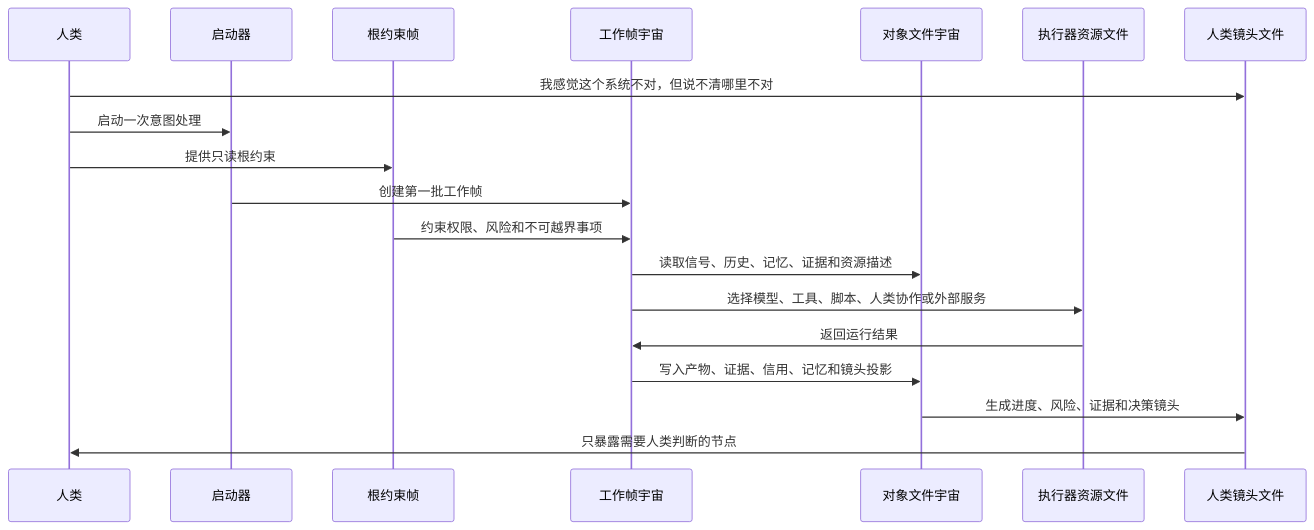
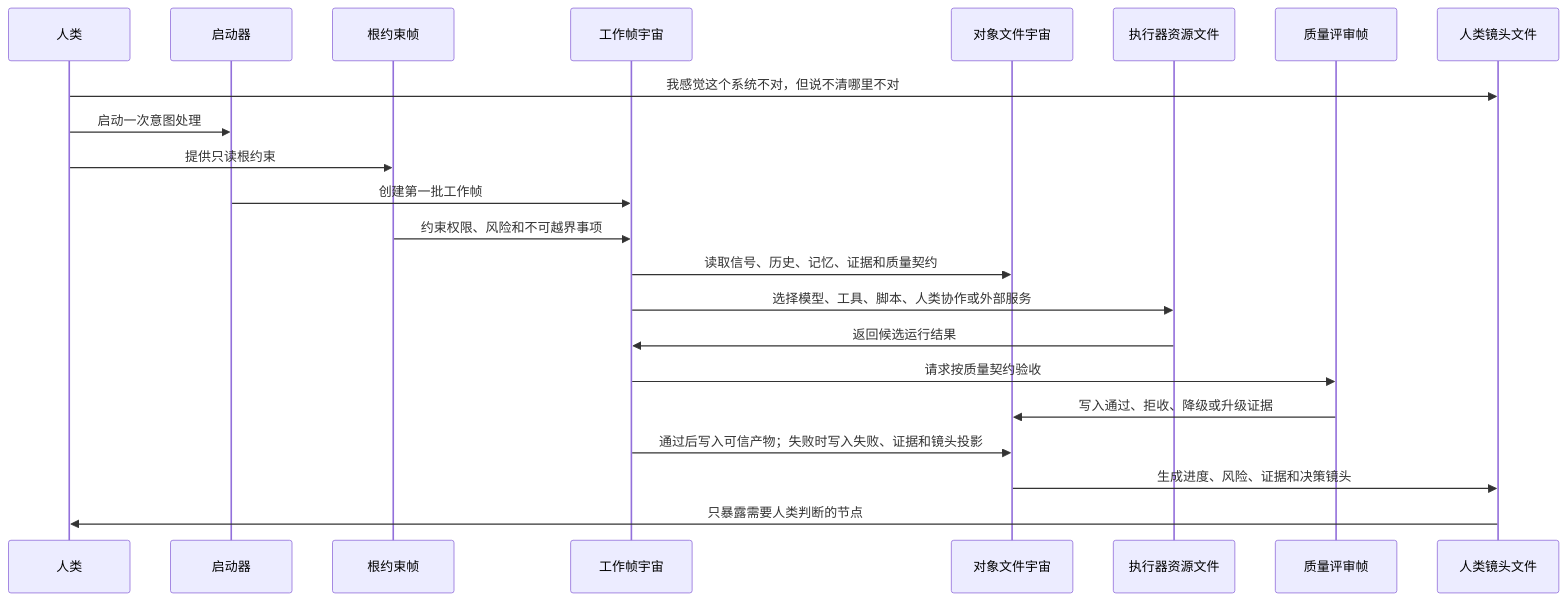
Before and after one commit to tiachuaxiyashua/cyber-editor: the fifth of 10 diagrams in truth/00-当前真相源-人工智能软件社会帧元架构.md, drawn with Mermaid. The commit also changed other lines of this file, not shown here.

````diff
--- a/truth/00-当前真相源-人工智能软件社会帧元架构.md
+++ b/truth/00-当前真相源-人工智能软件社会帧元架构.md
@@ -404,22 +419,25 @@
 ```mermaid
 sequenceDiagram
   participant 人 as 人类
   participant 启 as 启动器
   participant 根 as 根约束帧
   participant 帧 as 工作帧宇宙
   participant 对 as 对象文件宇宙
   participant 执 as 执行器资源文件
+  participant 评 as 质量评审帧
   participant 镜 as 人类镜头文件
 
   人->>镜: 我感觉这个系统不对，但说不清哪里不对
   人->>启: 启动一次意图处理
   人->>根: 提供只读根约束
   启->>帧: 创建第一批工作帧
   根->>帧: 约束权限、风险和不可越界事项
-  帧->>对: 读取信号、历史、记忆、证据和资源描述
+  帧->>对: 读取信号、历史、记忆、证据和质量契约
   帧->>执: 选择模型、工具、脚本、人类协作或外部服务
-  执->>帧: 返回运行结果
-  帧->>对: 写入产物、证据、信用、记忆和镜头投影
+  执->>帧: 返回候选运行结果
+  帧->>评: 请求按质量契约验收
+  评->>对: 写入通过、拒收、降级或升级证据
+  帧->>对: 通过后写入可信产物；失败时写入失败、证据和镜头投影
   对->>镜: 生成进度、风险、证据和决策镜头
   镜->>人: 只暴露需要人类判断的节点
 ```
````
